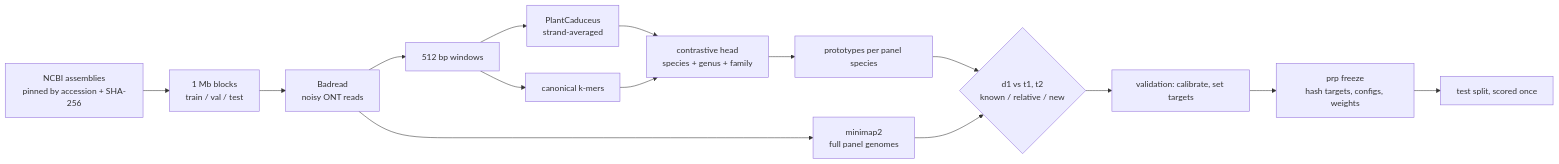
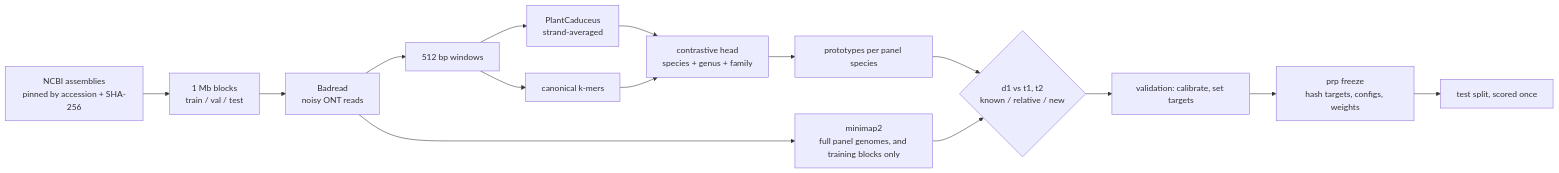
Before and after one commit to gbadedata/plant-read-placement: the diagram in README.md, drawn with Mermaid. The commit also changed other lines of this file and 7 other files, not shown here.

First line of the commit message:
Add minimap2_train: alignment baseline indexed on training blocks only

````diff
--- a/README.md
+++ b/README.md
@@ -24,17 +24,17 @@
 ```mermaid
 flowchart LR
   A[NCBI assemblies<br/>pinned by accession + SHA-256] --> B[1 Mb blocks<br/>train / val / test]
   B --> C[Badread<br/>noisy ONT reads]
   C --> D[512 bp windows]
   D --> E1[PlantCaduceus<br/>strand-averaged]
   D --> E2[canonical k-mers]
-  C --> M[minimap2<br/>full panel genomes]
+  C --> M[minimap2<br/>full panel genomes, and training blocks only]
   E1 --> F[contrastive head<br/>species + genus + family]
   E2 --> F
   F --> G[prototypes per panel species]
   G --> H{d1 vs t1, t2<br/>known / relative / new}
   M --> H
   H --> I[validation: calibrate, set targets]
   I --> J[prp freeze<br/>hash targets, configs, weights]
   J --> K[test split, scored once]
 ```
````
